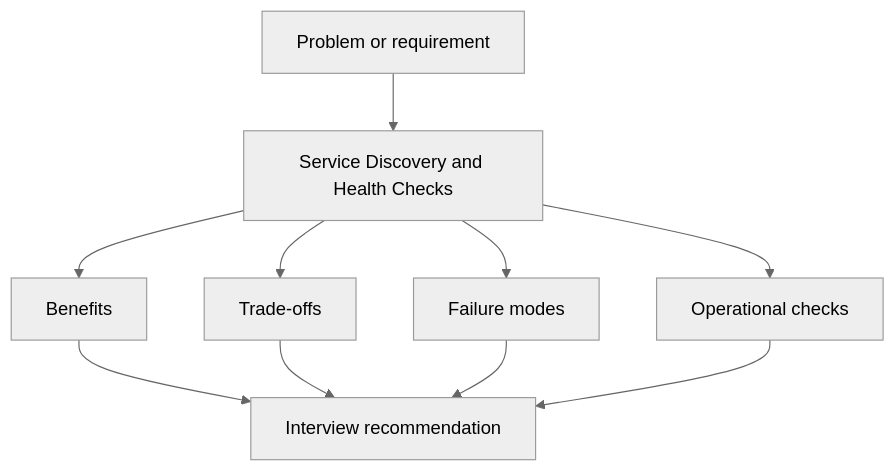
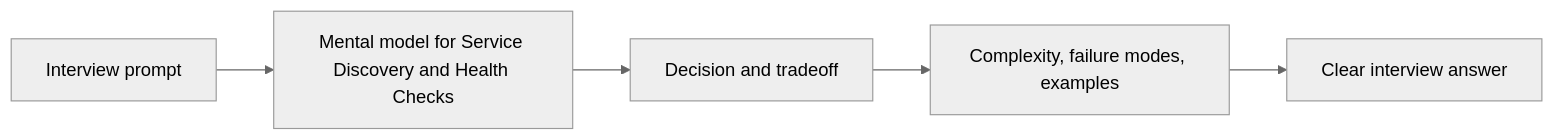
The second of 2 diagrams in components/service-discovery/index.md (abstractinterviews/abstractinterviews.github.io), drawn with Mermaid (neutral theme) before and after one commit. The commit also changed other lines of this file and 278 other files, not shown here.

````diff
--- a/components/service-discovery/index.md
+++ b/components/service-discovery/index.md
@@ -174,12 +166,7 @@
-~~~mermaid
-flowchart TD
-    Problem["Problem or requirement"] --> Concept["Service Discovery and Health Checks"]
-    Concept --> Benefits["Benefits"]
-    Concept --> Tradeoffs["Trade-offs"]
-    Concept --> FailureModes["Failure modes"]
-    Concept --> Operations["Operational checks"]
-    Benefits --> Decision["Interview recommendation"]
-    Tradeoffs --> Decision
-    FailureModes --> Decision
-    Operations --> Decision
-~~~
+```mermaid
+flowchart LR
+    Problem["Interview prompt"] --> Model["Mental model for Service Discovery and Health Checks"]
+    Model --> Choice["Decision and tradeoff"]
+    Choice --> Evidence["Complexity, failure modes, examples"]
+    Evidence --> Answer["Clear interview answer"]
+```
````
